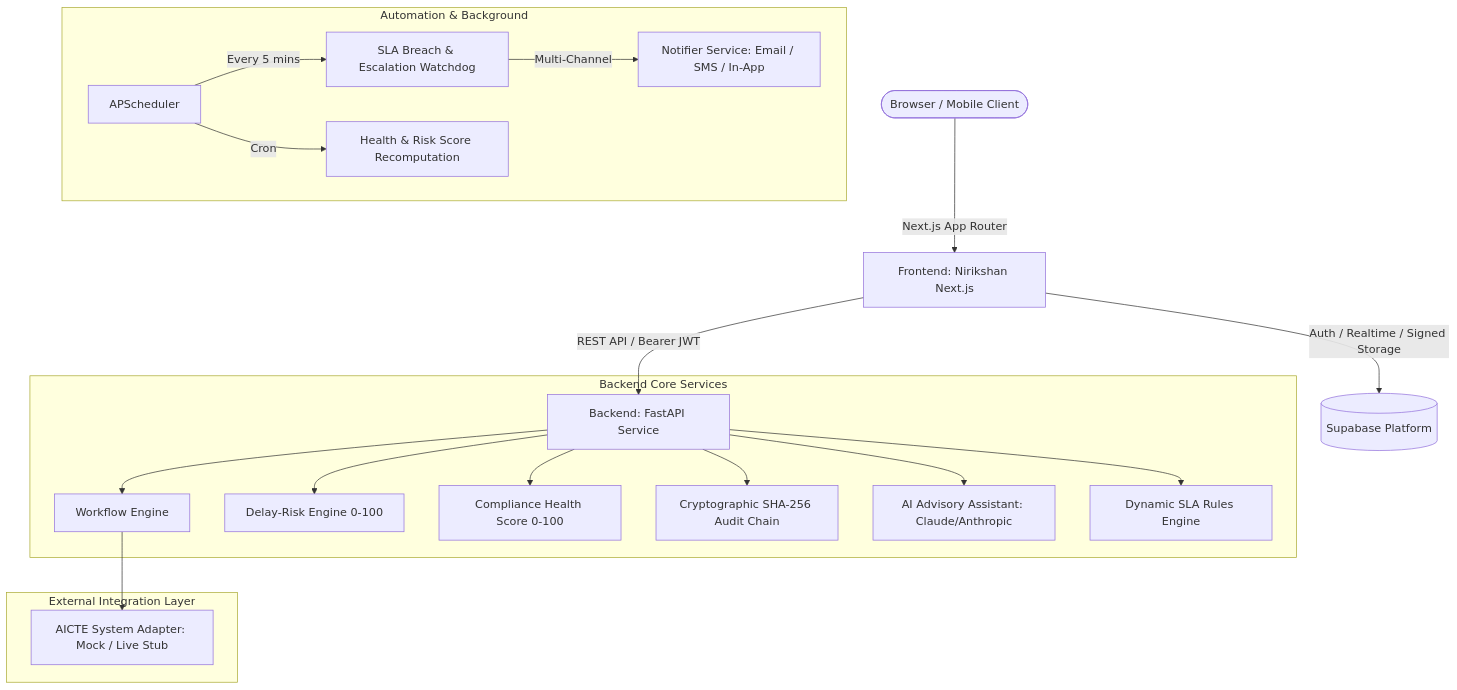
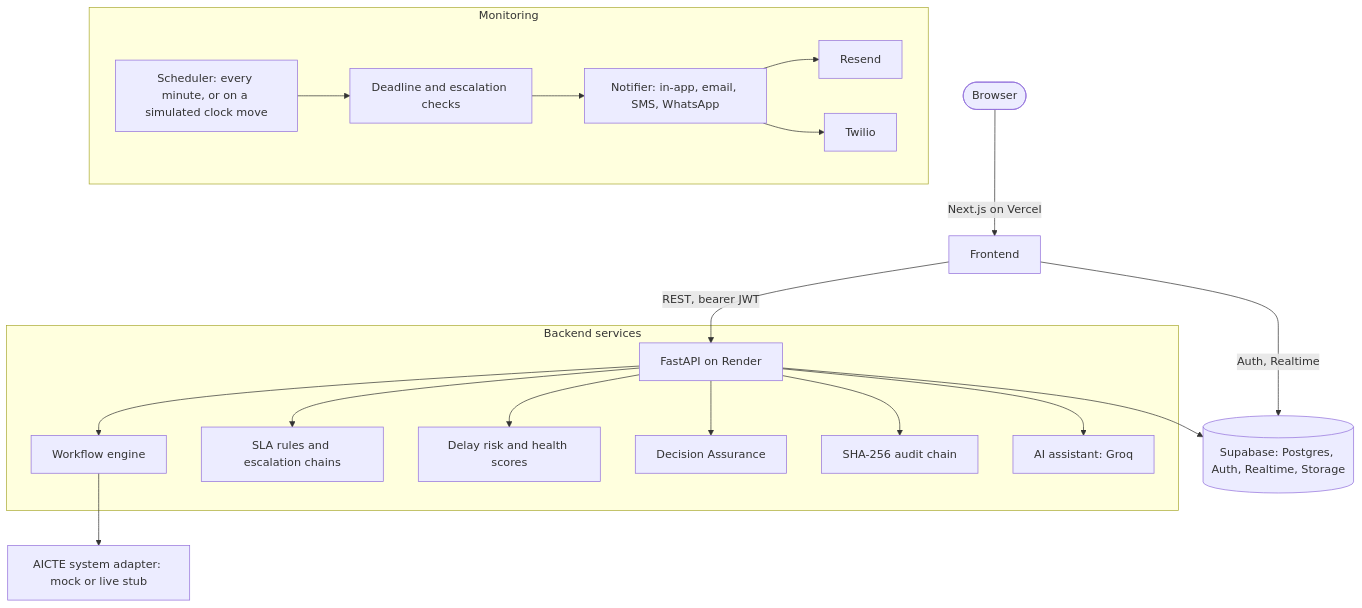
Before and after one commit to Aaditya179/aicte-workflow: the diagram in README.md, drawn with Mermaid. The commit also changed other lines of this file, not shown here.

````diff
--- a/README.md
+++ b/README.md
@@ -13,25 +105,25 @@
 ```mermaid
 graph TD
-  User([Browser / Mobile Client]) -->|Next.js App Router| Frontend[Frontend: Nirikshan Next.js]
-  Frontend -->|REST API / Bearer JWT| FastAPI[Backend: FastAPI Service]
-  Frontend -->|Auth / Realtime / Signed Storage| Supabase[(Supabase Platform)]
-  
-  subgraph Backend Core Services
-    FastAPI --> Engine[Workflow Engine]
-    FastAPI --> Risk[Delay-Risk Engine 0-100]
-    FastAPI --> Health[Compliance Health Score 0-100]
-    FastAPI --> Audit[Cryptographic SHA-256 Audit Chain]
-    FastAPI --> AI[AI Advisory Assistant: Claude/Anthropic]
-    FastAPI --> Rules[Dynamic SLA Rules Engine]
+  User([Browser]) -->|Next.js on Vercel| Frontend[Frontend]
+  Frontend -->|REST, bearer JWT| API[FastAPI on Render]
+  Frontend -->|Auth, Realtime| Supabase[(Supabase: Postgres, Auth, Realtime, Storage)]
+  API --> Supabase
+
+  subgraph Backend services
+    API --> Engine[Workflow engine]
+    API --> Rules[SLA rules and escalation chains]
+    API --> Scores[Delay risk and health scores]
+    API --> Assurance[Decision Assurance]
+    API --> Audit[SHA-256 audit chain]
+    API --> AI[AI assistant: Groq]
   end
 
-  subgraph Automation & Background
-    Sched[APScheduler] -->|Every 5 mins| Watchdog[SLA Breach & Escalation Watchdog]
-    Sched -->|Cron| Recompute[Health & Risk Score Recomputation]
-    Watchdog -->|Multi-Channel| Notifier[Notifier Service: Email / SMS / In-App]
+  subgraph Monitoring
+    Sched[Scheduler: every minute, or on a simulated clock move] --> Watchdog[Deadline and escalation checks]
+    Watchdog --> Notifier[Notifier: in-app, email, SMS, WhatsApp]
+    Notifier --> Resend[Resend]
+    Notifier --> Twilio[Twilio]
   end
 
-  subgraph External Integration Layer
-    Engine --> Adapter[AICTE System Adapter: Mock / Live Stub]
-  end
+  Engine --> Adapter[AICTE system adapter: mock or live stub]
 ```
````
